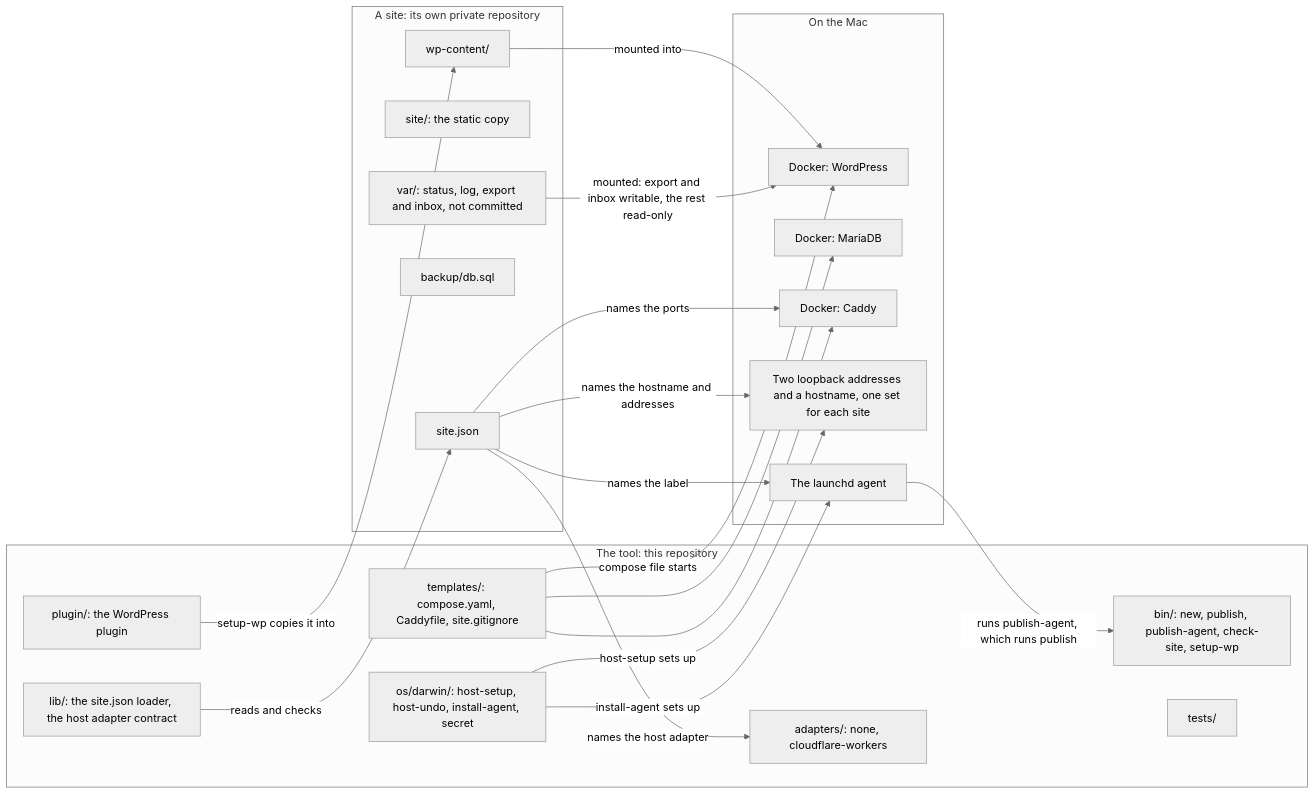
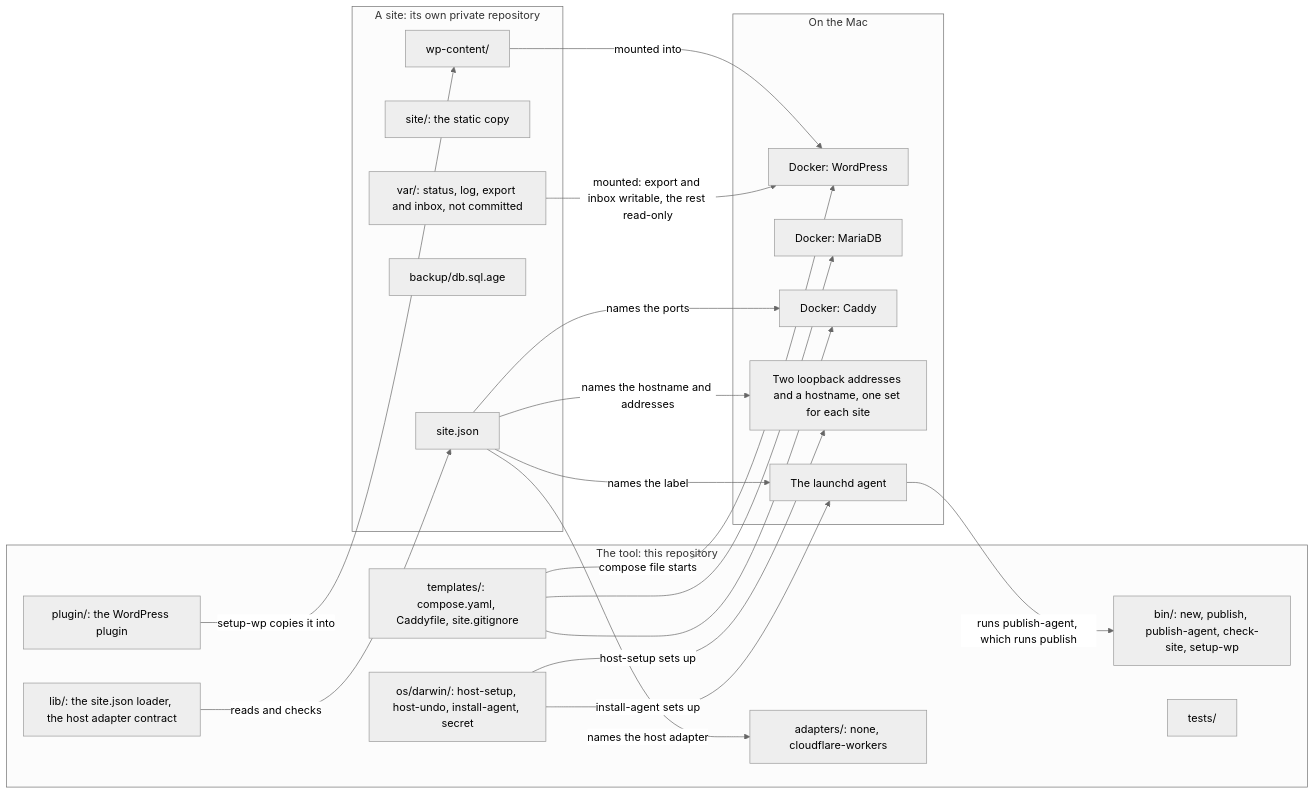
One commit to richardtape/offprint changed the first of 2 diagrams in README.md. Above: the diagram before and after it, drawn with Mermaid (neutral theme). The commit also changed other lines of this file and 5 other files, not shown here.

````diff
--- a/README.md
+++ b/README.md
@@ -23,40 +23,40 @@
 ```mermaid
 flowchart LR
   subgraph TOOL["The tool: this repository"]
     T1["bin/: new, publish, publish-agent, check-site, setup-wp"]
     T2["plugin/: the WordPress plugin"]
     T3["templates/: compose.yaml, Caddyfile, site.gitignore"]
     T4["os/darwin/: host-setup, host-undo, install-agent, secret"]
     T5["lib/: the site.json loader, the host adapter contract"]
     T6["tests/"]
     T7["adapters/: none, cloudflare-workers"]
   end
   subgraph SITE["A site: its own private repository"]
     S1["site.json"]
     S2["site/: the static copy"]
     S3["wp-content/"]
-    S4["backup/db.sql"]
+    S4["backup/db.sql.age"]
     S5["var/: status, log, export and inbox, not committed"]
   end
   subgraph MAC["On the Mac"]
     M1["Docker: WordPress"]
     M2["Docker: MariaDB"]
     M3["Docker: Caddy"]
     M4["Two loopback addresses and a hostname, one set for each site"]
     M5["The launchd agent"]
   end
   T3 -- "compose file starts" --> M1
   T3 --> M2
   T3 --> M3
   S3 -- "mounted into" --> M1
   S5 -- "mounted: export and inbox writable, the rest read-only" --> M1
   T2 -- "setup-wp copies it into" --> S3
   T5 -- "reads and checks" --> S1
   S1 -- "names the hostname and addresses" --> M4
   S1 -- "names the ports" --> M3
   S1 -- "names the label" --> M5
   S1 -- "names the host adapter" --> T7
   T4 -- "host-setup sets up" --> M4
   T4 -- "install-agent sets up" --> M5
   M5 -- "runs publish-agent, which runs publish" --> T1
 ```
````
